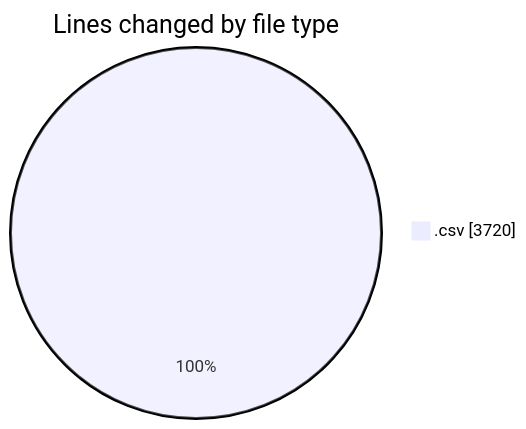
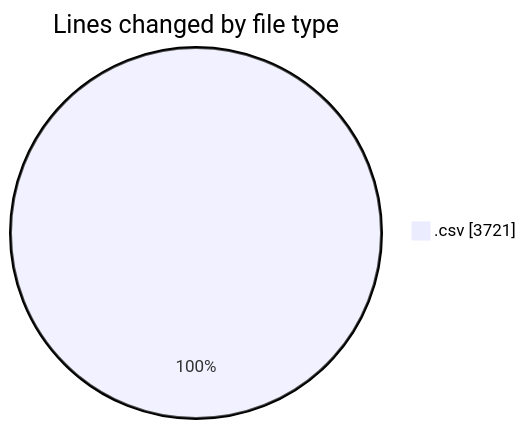
One commit to EIIisD/code-tracking changed the first of 2 diagrams in 2025-07-23/transactions-new/README.md. Above: the diagram before and after it, drawn with Mermaid. The commit also changed other lines of this file and 1 other file, not shown here.

````diff
--- a/2025-07-23/transactions-new/README.md
+++ b/2025-07-23/transactions-new/README.md
@@ -23,5 +23,5 @@
 ```mermaid
 pie showData
 title Lines changed by file type
-".csv" : 3720
+".csv" : 3721
 ```
````
